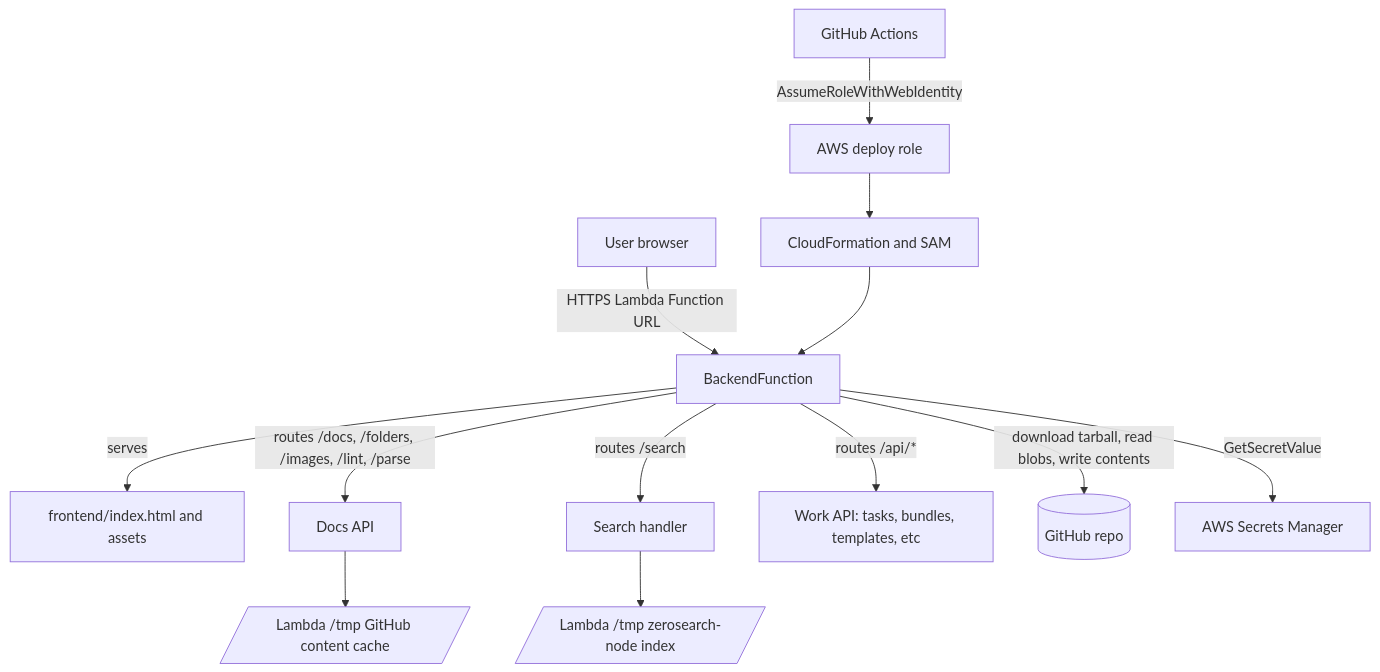
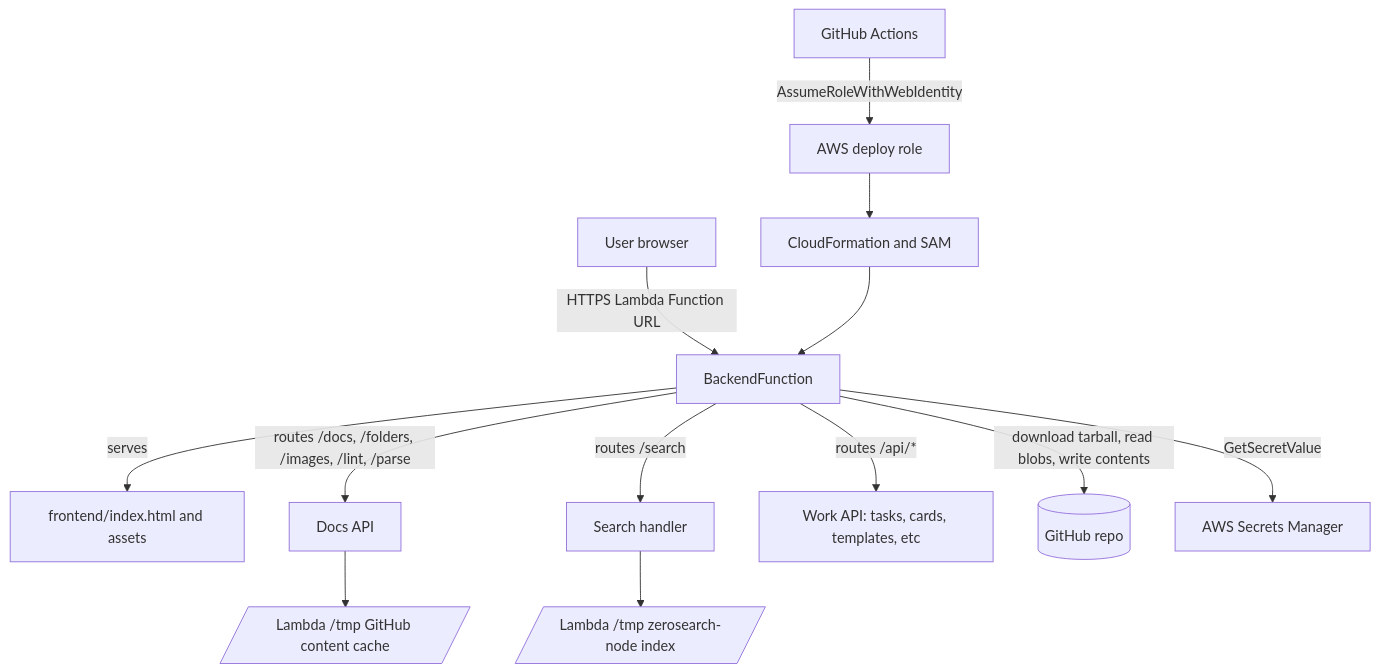
One commit to DataTalksClub/dataops changed the first of 6 diagrams in docs/architecture.md. Above: the diagram before and after it, drawn with Mermaid. The commit also changed other lines of this file and 27 other files, not shown here.

````diff
--- a/docs/architecture.md
+++ b/docs/architecture.md
@@ -32,15 +32,15 @@
 ```mermaid
 flowchart TB
   User[User browser] -->|HTTPS Lambda Function URL| Backend[BackendFunction]
   Backend -->|serves| Frontend[frontend/index.html and assets]
   Backend -->|routes /docs, /folders, /images, /lint, /parse| DocsApi[Docs API]
   Backend -->|routes /search| Search[Search handler]
-  Backend -->|routes /api/*| WorkApi[Work API: tasks, bundles, templates, etc]
+  Backend -->|routes /api/*| WorkApi[Work API: tasks, cards, templates, etc]
   DocsApi --> Cache[/Lambda /tmp GitHub content cache/]
   Search --> Index[/Lambda /tmp zerosearch-node index/]
   Backend -->|download tarball, read blobs, write contents| GitHub[(GitHub repo)]
   Backend -->|GetSecretValue| Secrets[AWS Secrets Manager]
   Actions[GitHub Actions] -->|AssumeRoleWithWebIdentity| DeployRole[AWS deploy role]
   DeployRole --> CloudFormation[CloudFormation and SAM]
   CloudFormation --> Backend
 ```
````
